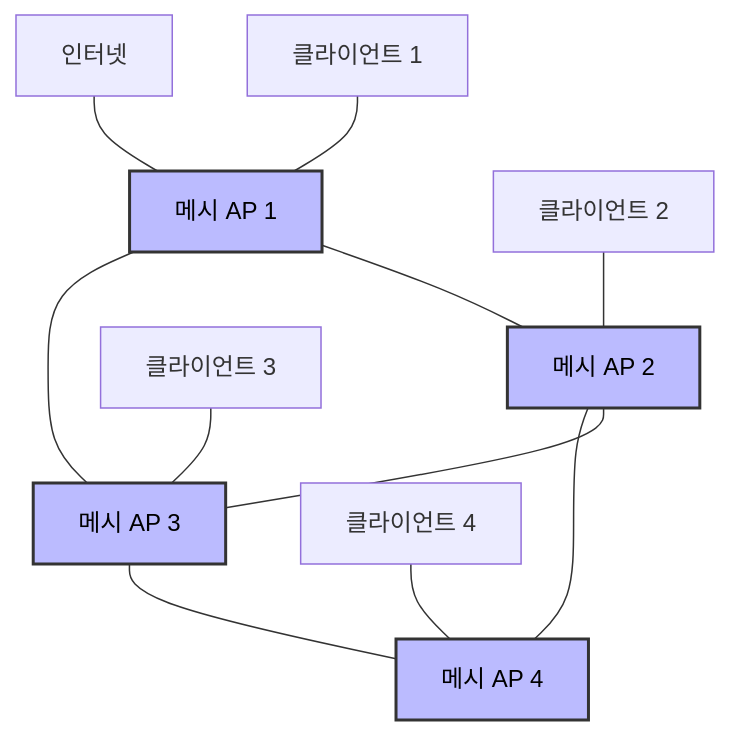
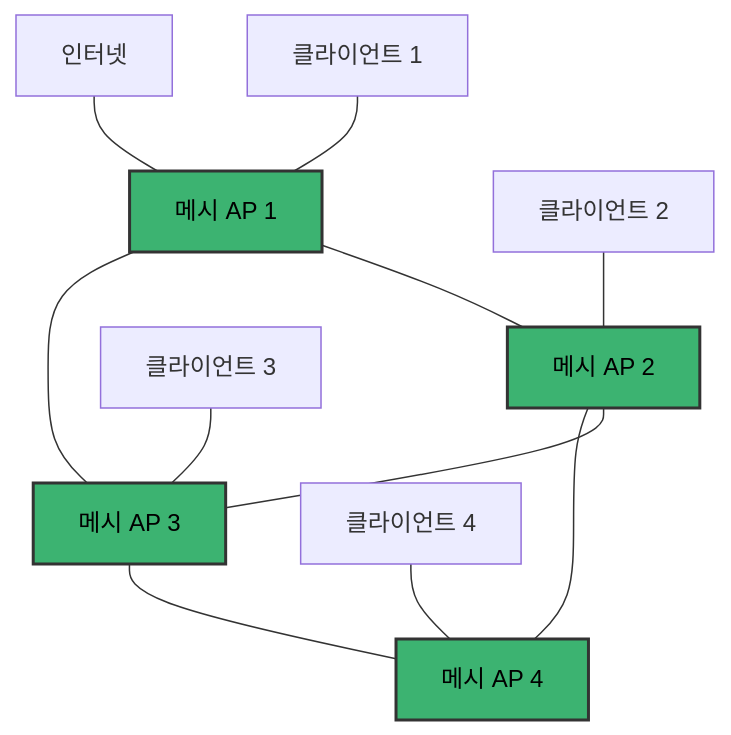
The eighth of 8 diagrams in chapters/07-3_wireless_network.md (KalGookSoo/network-basic), drawn with Mermaid before and after one commit. The commit also changed other lines of this file and 3 other files, not shown here.

Commit message:
docs: 표 시각 개선 - 다이어그램 색상 일관성 및 가독성 향상

````diff
--- a/chapters/07-3_wireless_network.md
+++ b/chapters/07-3_wireless_network.md
@@ -288,20 +288,20 @@
 ```mermaid
 graph TD
     A[메시 AP 1] --- B[메시 AP 2]
     A --- C[메시 AP 3]
     B --- C
     B --- D[메시 AP 4]
     C --- D
 
     E[클라이언트 1] --- A
     F[클라이언트 2] --- B
     G[클라이언트 3] --- C
     H[클라이언트 4] --- D
 
     I[인터넷] --- A
 
-    style A fill:#bbf, stroke:#333, stroke-width:2px, color:#000
-    style B fill:#bbf, stroke:#333, stroke-width:2px, color:#000
-    style C fill:#bbf, stroke:#333, stroke-width:2px, color:#000
-    style D fill:#bbf, stroke:#333, stroke-width:2px, color:#000
+    style A fill:#3cb371, stroke:#333, stroke-width:2px, color:#000
+    style B fill:#3cb371, stroke:#333, stroke-width:2px, color:#000
+    style C fill:#3cb371, stroke:#333, stroke-width:2px, color:#000
+    style D fill:#3cb371, stroke:#333, stroke-width:2px, color:#000
 ```
````
